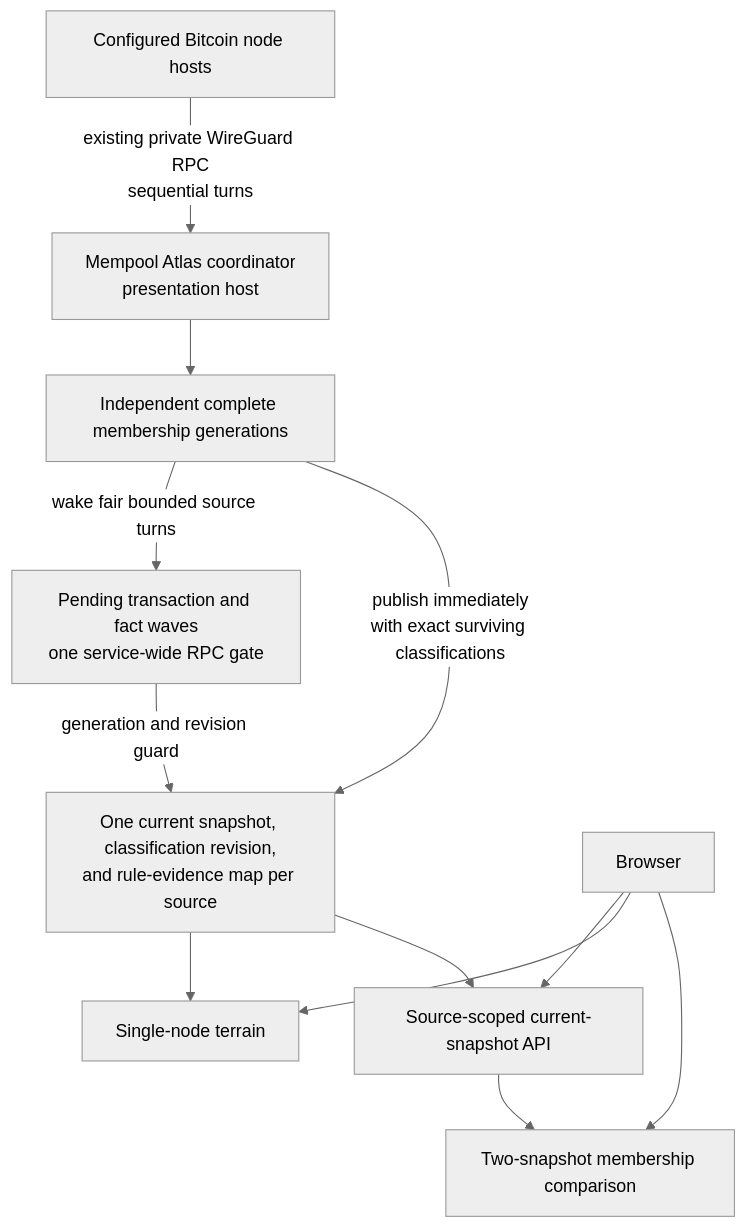
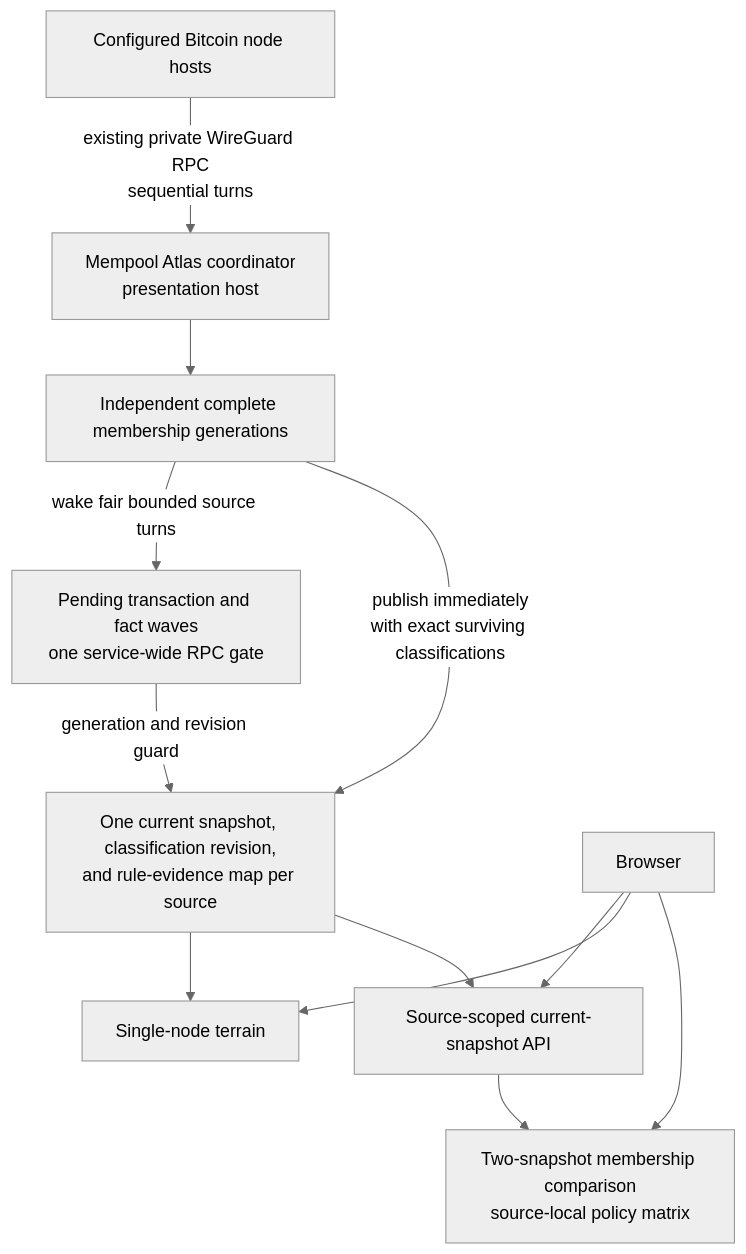
One commit to deadmanoz/mempool-atlas changed the diagram in README.md. Above: the diagram before and after it, drawn with Mermaid (neutral theme). The commit also changed other lines of this file and 14 other files, not shown here.

Commit message:
feat(web): add comparison policy matrix

````diff
--- a/README.md
+++ b/README.md
@@ -16,14 +16,14 @@
 ```mermaid
 flowchart TB
     nodes["Configured Bitcoin node hosts"] -->|"existing private WireGuard RPC<br/>sequential turns"| atlas["Mempool Atlas coordinator<br/>presentation host"]
     atlas --> membership["Independent complete membership generations"]
     membership -->|"publish immediately<br/>with exact surviving classifications"| current["One current snapshot, classification revision,<br/>and rule-evidence map per source"]
     membership -->|"wake fair bounded source turns"| policy["Pending transaction and fact waves<br/>one service-wide RPC gate"]
     policy -->|"generation and revision guard"| current
     current --> api["Source-scoped current-snapshot API"]
     current --> web["Single-node terrain"]
-    browser["Browser"] --> compare["Two-snapshot membership comparison"]
+    browser["Browser"] --> compare["Two-snapshot membership comparison<br/>source-local policy matrix"]
     api --> compare
     browser --> web
     browser --> api
 ```
````
